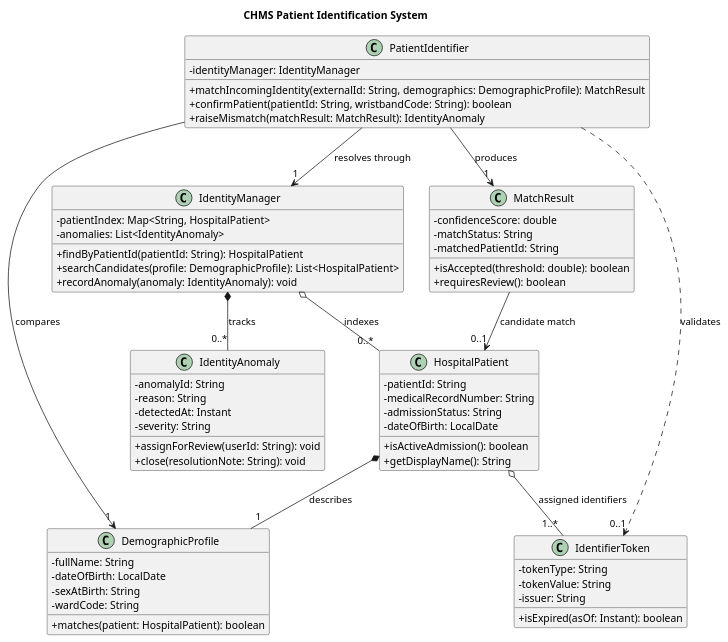
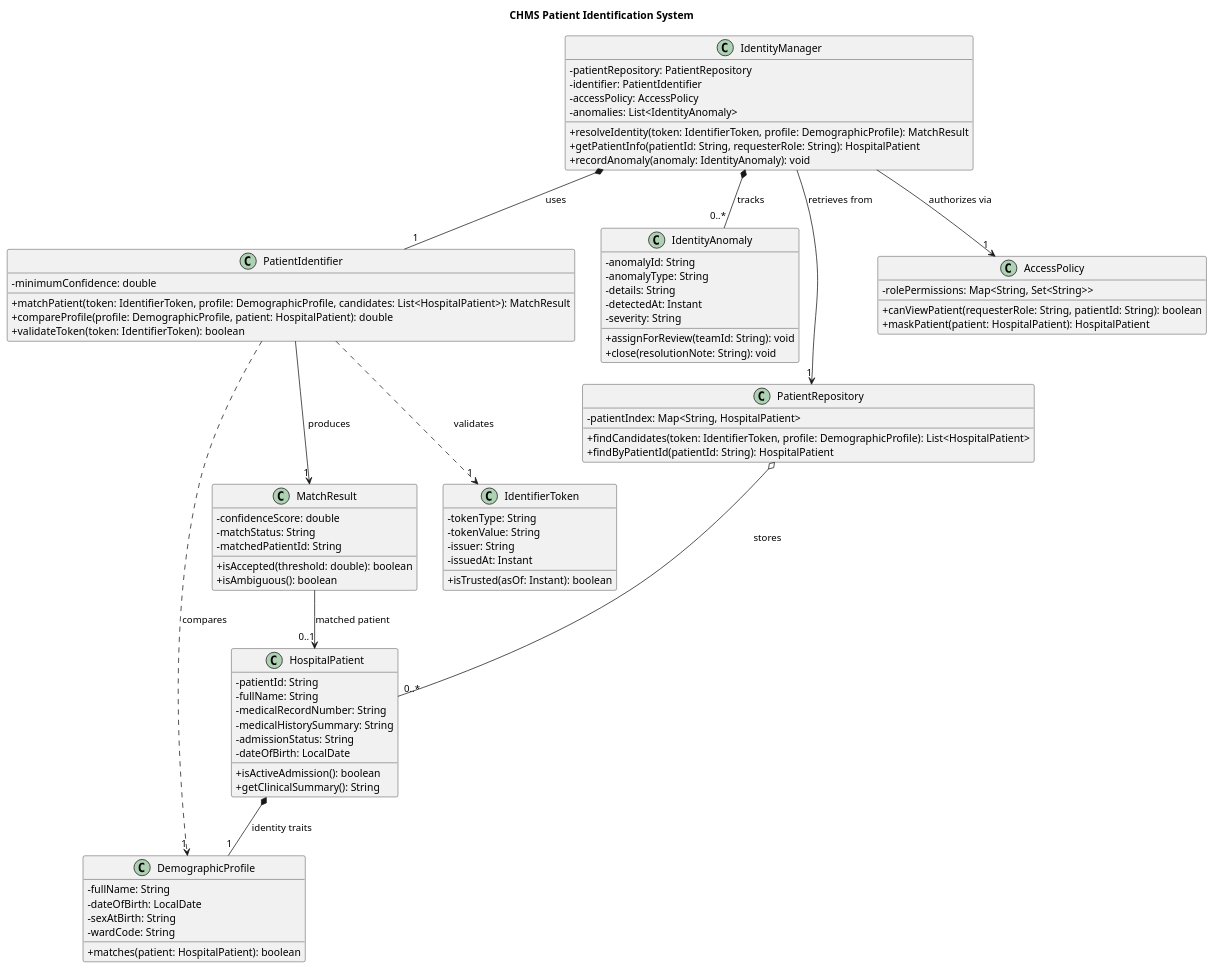
One commit to Matteo-RSV/Signal-Project-SE changed the diagram in uml_models/patient_identification_system.puml. Above: the diagram before and after it, drawn with PlantUML. The commit also changed 1 other file, not shown here.

Commit message:
Add task 3 Patient Identification System UML and documentation

```diff
--- a/uml_models/patient_identification_system.puml
+++ b/uml_models/patient_identification_system.puml
@@ -1,71 +1,90 @@
 @startuml
 skinparam classAttributeIconSize 0
 title CHMS Patient Identification System
 
 class PatientIdentifier {
-  - identityManager: IdentityManager
-  + matchIncomingIdentity(externalId: String, demographics: DemographicProfile): MatchResult
-  + confirmPatient(patientId: String, wristbandCode: String): boolean
-  + raiseMismatch(matchResult: MatchResult): IdentityAnomaly
+  - minimumConfidence: double
+  + matchPatient(token: IdentifierToken, profile: DemographicProfile, candidates: List<HospitalPatient>): MatchResult
+  + compareProfile(profile: DemographicProfile, patient: HospitalPatient): double
+  + validateToken(token: IdentifierToken): boolean
 }
 
 class HospitalPatient {
   - patientId: String
+  - fullName: String
   - medicalRecordNumber: String
+  - medicalHistorySummary: String
   - admissionStatus: String
   - dateOfBirth: LocalDate
   + isActiveAdmission(): boolean
-  + getDisplayName(): String
+  + getClinicalSummary(): String
 }
 
 class IdentityManager {
-  - patientIndex: Map<String, HospitalPatient>
+  - patientRepository: PatientRepository
+  - identifier: PatientIdentifier
+  - accessPolicy: AccessPolicy
   - anomalies: List<IdentityAnomaly>
-  + findByPatientId(patientId: String): HospitalPatient
-  + searchCandidates(profile: DemographicProfile): List<HospitalPatient>
+  + resolveIdentity(token: IdentifierToken, profile: DemographicProfile): MatchResult
+  + getPatientInfo(patientId: String, requesterRole: String): HospitalPatient
   + recordAnomaly(anomaly: IdentityAnomaly): void
 }
 
 class DemographicProfile {
   - fullName: String
   - dateOfBirth: LocalDate
   - sexAtBirth: String
   - wardCode: String
   + matches(patient: HospitalPatient): boolean
 }
 
 class MatchResult {
   - confidenceScore: double
   - matchStatus: String
   - matchedPatientId: String
   + isAccepted(threshold: double): boolean
-  + requiresReview(): boolean
+  + isAmbiguous(): boolean
 }
 
 class IdentityAnomaly {
   - anomalyId: String
-  - reason: String
+  - anomalyType: String
+  - details: String
   - detectedAt: Instant
   - severity: String
-  + assignForReview(userId: String): void
+  + assignForReview(teamId: String): void
   + close(resolutionNote: String): void
 }
 
 class IdentifierToken {
   - tokenType: String
   - tokenValue: String
   - issuer: String
-  + isExpired(asOf: Instant): boolean
+  - issuedAt: Instant
+  + isTrusted(asOf: Instant): boolean
 }
 
-PatientIdentifier --> "1" IdentityManager : resolves through
-PatientIdentifier --> "1" DemographicProfile : compares
+class PatientRepository {
+  - patientIndex: Map<String, HospitalPatient>
+  + findCandidates(token: IdentifierToken, profile: DemographicProfile): List<HospitalPatient>
+  + findByPatientId(patientId: String): HospitalPatient
+}
+
+class AccessPolicy {
+  - rolePermissions: Map<String, Set<String>>
+  + canViewPatient(requesterRole: String, patientId: String): boolean
+  + maskPatient(patient: HospitalPatient): HospitalPatient
+}
+
+IdentityManager *-- "1" PatientIdentifier : uses
+IdentityManager --> "1" PatientRepository : retrieves from
+IdentityManager --> "1" AccessPolicy : authorizes via
+IdentityManager *-- "0..*" IdentityAnomaly : tracks
+PatientRepository o-- "0..*" HospitalPatient : stores
+PatientIdentifier ..> "1" IdentifierToken : validates
+PatientIdentifier ..> "1" DemographicProfile : compares
 PatientIdentifier --> "1" MatchResult : produces
-PatientIdentifier ..> "0..1" IdentifierToken : validates
-IdentityManager o-- "0..*" HospitalPatient : indexes
-IdentityManager *-- "0..*" IdentityAnomaly : tracks
-HospitalPatient *-- "1" DemographicProfile : describes
-HospitalPatient o-- "1..*" IdentifierToken : assigned identifiers
-MatchResult --> "0..1" HospitalPatient : candidate match
+MatchResult --> "0..1" HospitalPatient : matched patient
+HospitalPatient *-- "1" DemographicProfile : identity traits
 
 @enduml
```
